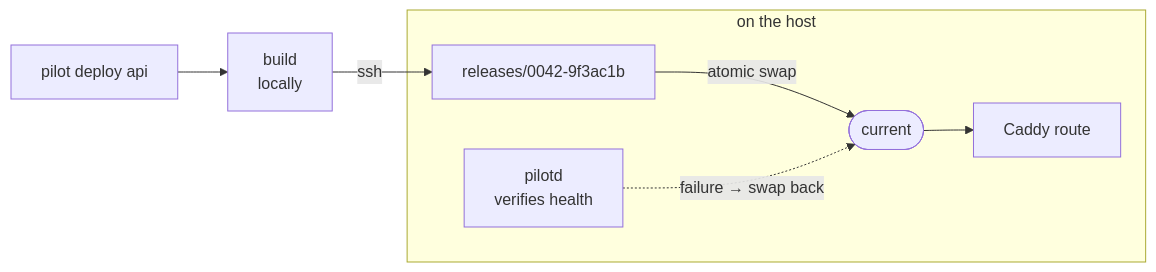
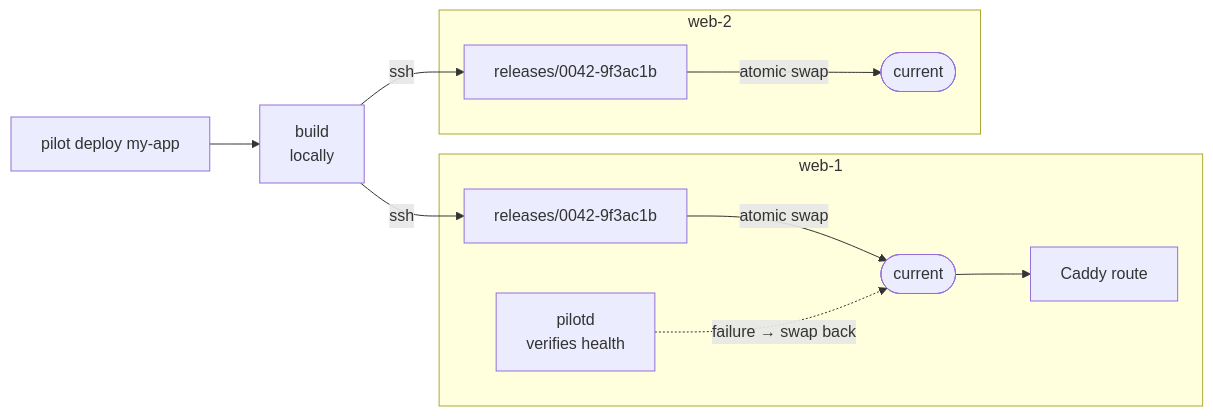
The diagram in README.md (Gandalf-Le-Dev/pilot), drawn with Mermaid before and after one commit. The commit also changed other lines of this file and 5 other files, not shown here.

````diff
--- a/README.md
+++ b/README.md
@@ -45,10 +46,14 @@
 ```mermaid
 flowchart LR
-    deploy["pilot deploy api"] --> build["build\nlocally"]
-    build -- ssh --> rel["releases/0042-9f3ac1b"]
-    subgraph host ["on the host"]
-        rel -- "atomic swap" --> cur(["current"])
-        cur --> caddy["Caddy route"]
-        agent["pilotd\nverifies health"] -. "failure → swap back" .-> cur
+    deploy["pilot deploy my-app"] --> build["build\nlocally"]
+    build -- ssh --> rel1
+    build -- ssh --> rel2
+    subgraph web1 ["web-1"]
+        rel1["releases/0042-9f3ac1b"] -- "atomic swap" --> cur1(["current"])
+        cur1 --> caddy1["Caddy route"]
+        agent1["pilotd\nverifies health"] -. "failure → swap back" .-> cur1
+    end
+    subgraph web2 ["web-2"]
+        rel2["releases/0042-9f3ac1b"] -- "atomic swap" --> cur2(["current"])
     end
 ```
````
